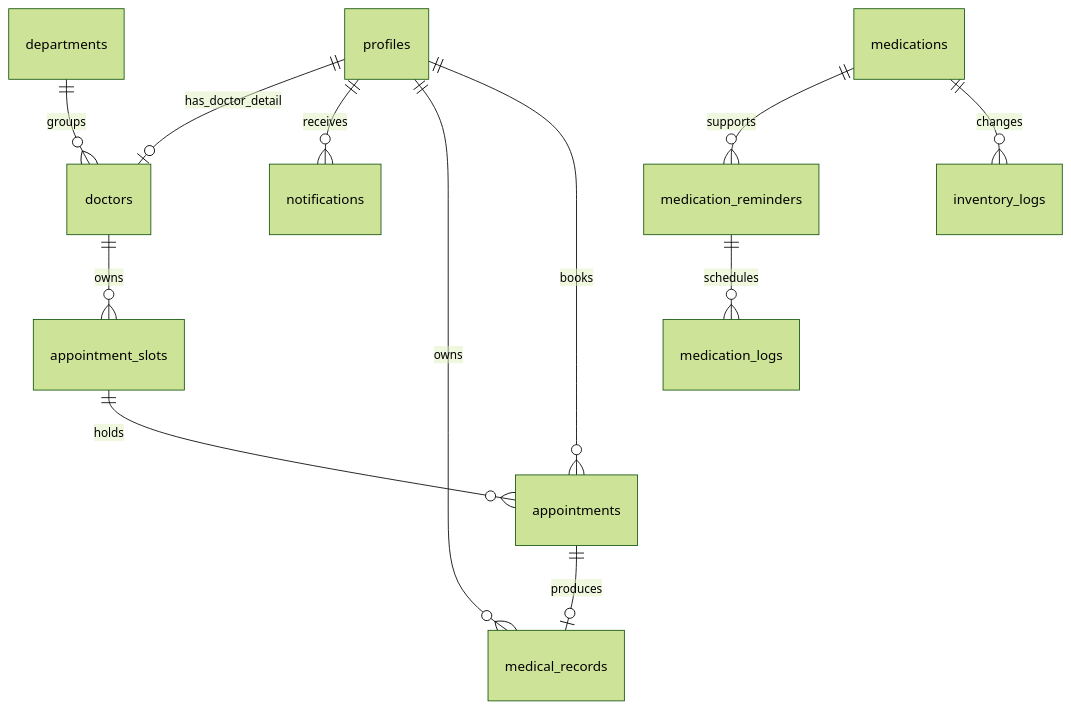
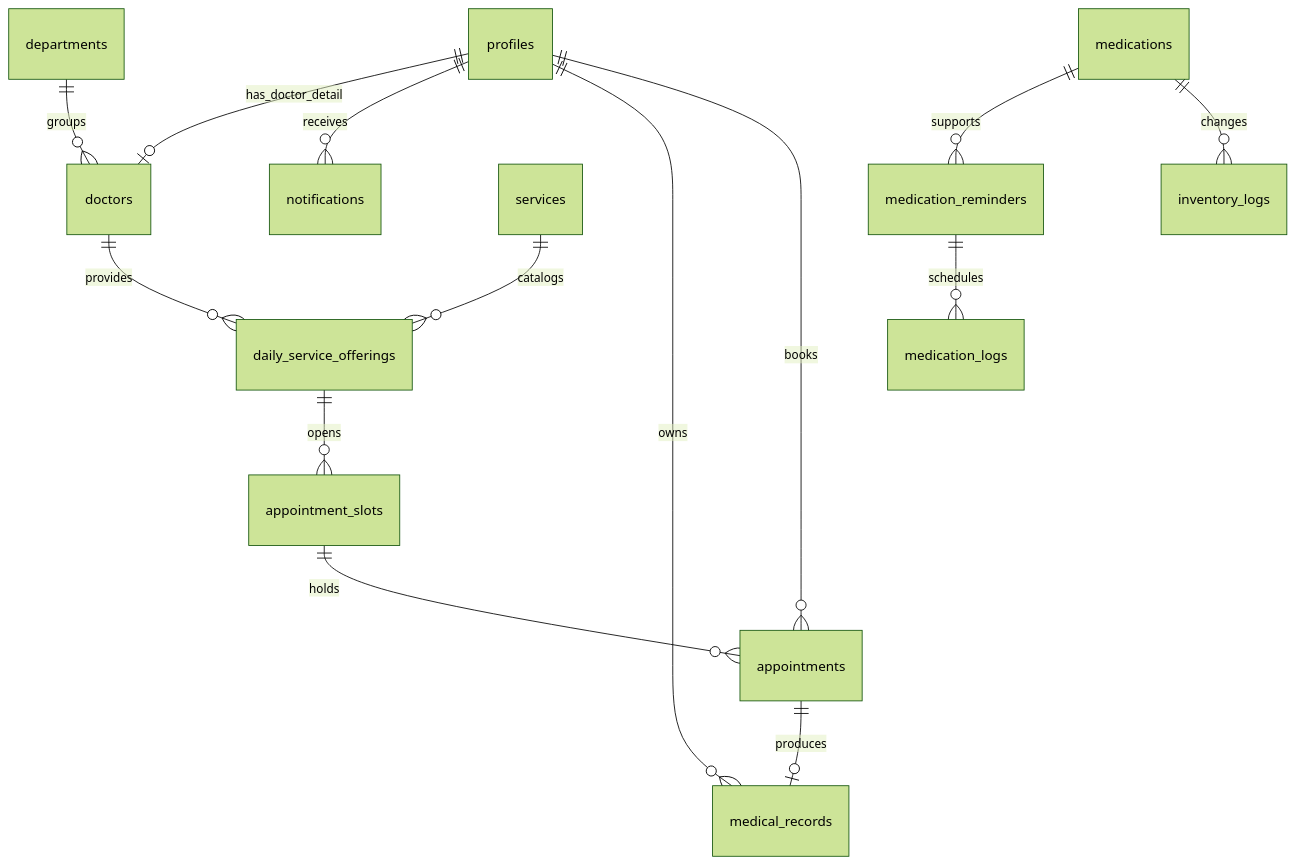
Before and after one commit to Supot77/Mini-Project-University-Health-Clinic-Appointment-and-Medication-Reminder-System: the diagram in docs/03_database_design_and_er.md, drawn with Mermaid (forest theme). The commit also changed other lines of this file and 23 other files, not shown here.

````diff
--- a/docs/03_database_design_and_er.md
+++ b/docs/03_database_design_and_er.md
@@ -61,14 +63,16 @@
 ```mermaid
 erDiagram
     profiles ||--o{ appointments : books
     profiles ||--o{ medical_records : owns
     profiles ||--o{ notifications : receives
     profiles ||--o| doctors : has_doctor_detail
     departments ||--o{ doctors : groups
-    doctors ||--o{ appointment_slots : owns
+    services ||--o{ daily_service_offerings : catalogs
+    doctors ||--o{ daily_service_offerings : provides
+    daily_service_offerings ||--o{ appointment_slots : opens
     appointment_slots ||--o{ appointments : holds
     appointments ||--o| medical_records : produces
     medications ||--o{ inventory_logs : changes
     medications ||--o{ medication_reminders : supports
     medication_reminders ||--o{ medication_logs : schedules
 ```
````
